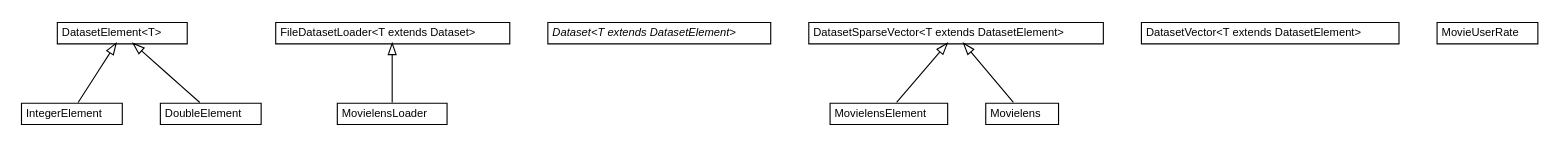
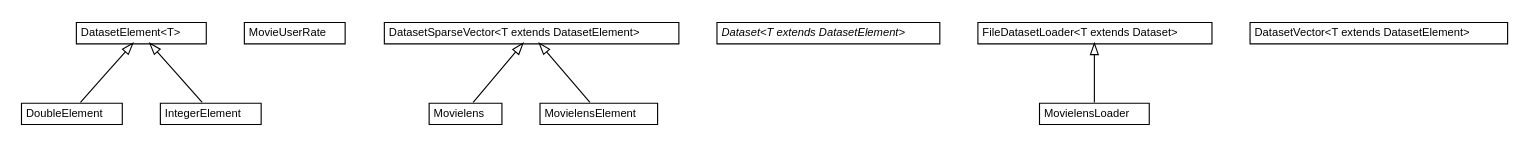
Before and after one commit to UnicaLabs-CS/Foresee: the diagram in docs/it/unica/foresee/datasets/it.unica.foresee.datasets.dot, drawn with Graphviz. The commit also changed 247 other files, not shown here.

```diff
--- a/docs/it/unica/foresee/datasets/it.unica.foresee.datasets.dot
+++ b/docs/it/unica/foresee/datasets/it.unica.foresee.datasets.dot
@@ -1,88 +1,88 @@
 #!/usr/local/bin/dot
 #
 # Class diagram 
 # Generated by UMLGraph version 5.2 (http://www.umlgraph.org/)
 #
 
 digraph G {
 	edge [fontname="Helvetica",fontsize=10,labelfontname="Helvetica",labelfontsize=10];
 	node [fontname="Helvetica",fontsize=10,shape=plaintext];
 	nodesep=0.25;
 	ranksep=0.5;
+	// it.unica.foresee.datasets.DoubleElement
+	c390 [label=<<table title="it.unica.foresee.datasets.DoubleElement" border="0" cellborder="1" cellspacing="0" cellpadding="2" port="p" href="./DoubleElement.html">
+		<tr><td><table border="0" cellspacing="0" cellpadding="1">
+<tr><td align="center" balign="center"> DoubleElement </td></tr>
+		</table></td></tr>
+		</table>>, fontname="Helvetica", fontcolor="black", fontsize=10.0];
+	// it.unica.foresee.datasets.MovieUserRate
+	c391 [label=<<table title="it.unica.foresee.datasets.MovieUserRate" border="0" cellborder="1" cellspacing="0" cellpadding="2" port="p" href="./MovieUserRate.html">
+		<tr><td><table border="0" cellspacing="0" cellpadding="1">
+<tr><td align="center" balign="center"> MovieUserRate </td></tr>
+		</table></td></tr>
+		</table>>, fontname="Helvetica", fontcolor="black", fontsize=10.0];
+	// it.unica.foresee.datasets.DatasetSparseVector<T extends it.unica.foresee.datasets.interfaces.DatasetElement>
+	c392 [label=<<table title="it.unica.foresee.datasets.DatasetSparseVector" border="0" cellborder="1" cellspacing="0" cellpadding="2" port="p" href="./DatasetSparseVector.html">
+		<tr><td><table border="0" cellspacing="0" cellpadding="1">
+<tr><td align="center" balign="center"> DatasetSparseVector&lt;T extends DatasetElement&gt; </td></tr>
+		</table></td></tr>
+		</table>>, fontname="Helvetica", fontcolor="black", fontsize=10.0];
+	// it.unica.foresee.datasets.Dataset<T extends it.unica.foresee.datasets.interfaces.DatasetElement>
+	c393 [label=<<table title="it.unica.foresee.datasets.Dataset" border="0" cellborder="1" cellspacing="0" cellpadding="2" port="p" href="./Dataset.html">
+		<tr><td><table border="0" cellspacing="0" cellpadding="1">
+<tr><td align="center" balign="center"><font face="Helvetica-Oblique"> Dataset&lt;T extends DatasetElement&gt; </font></td></tr>
+		</table></td></tr>
+		</table>>, fontname="Helvetica", fontcolor="black", fontsize=10.0];
+	// it.unica.foresee.datasets.MovielensLoader
+	c394 [label=<<table title="it.unica.foresee.datasets.MovielensLoader" border="0" cellborder="1" cellspacing="0" cellpadding="2" port="p" href="./MovielensLoader.html">
+		<tr><td><table border="0" cellspacing="0" cellpadding="1">
+<tr><td align="center" balign="center"> MovielensLoader </td></tr>
+		</table></td></tr>
+		</table>>, fontname="Helvetica", fontcolor="black", fontsize=10.0];
+	// it.unica.foresee.datasets.IntegerElement
+	c395 [label=<<table title="it.unica.foresee.datasets.IntegerElement" border="0" cellborder="1" cellspacing="0" cellpadding="2" port="p" href="./IntegerElement.html">
+		<tr><td><table border="0" cellspacing="0" cellpadding="1">
+<tr><td align="center" balign="center"> IntegerElement </td></tr>
+		</table></td></tr>
+		</table>>, fontname="Helvetica", fontcolor="black", fontsize=10.0];
+	// it.unica.foresee.datasets.DatasetVector<T extends it.unica.foresee.datasets.interfaces.DatasetElement>
+	c396 [label=<<table title="it.unica.foresee.datasets.DatasetVector" border="0" cellborder="1" cellspacing="0" cellpadding="2" port="p" href="./DatasetVector.html">
+		<tr><td><table border="0" cellspacing="0" cellpadding="1">
+<tr><td align="center" balign="center"> DatasetVector&lt;T extends DatasetElement&gt; </td></tr>
+		</table></td></tr>
+		</table>>, fontname="Helvetica", fontcolor="black", fontsize=10.0];
+	// it.unica.foresee.datasets.Movielens
+	c397 [label=<<table title="it.unica.foresee.datasets.Movielens" border="0" cellborder="1" cellspacing="0" cellpadding="2" port="p" href="./Movielens.html">
+		<tr><td><table border="0" cellspacing="0" cellpadding="1">
+<tr><td align="center" balign="center"> Movielens </td></tr>
+		</table></td></tr>
+		</table>>, fontname="Helvetica", fontcolor="black", fontsize=10.0];
 	// it.unica.foresee.datasets.DatasetElement<T>
-	c81 [label=<<table title="it.unica.foresee.datasets.DatasetElement" border="0" cellborder="1" cellspacing="0" cellpadding="2" port="p" href="./DatasetElement.html">
+	c398 [label=<<table title="it.unica.foresee.datasets.DatasetElement" border="0" cellborder="1" cellspacing="0" cellpadding="2" port="p" href="./DatasetElement.html">
 		<tr><td><table border="0" cellspacing="0" cellpadding="1">
 <tr><td align="center" balign="center"> DatasetElement&lt;T&gt; </td></tr>
 		</table></td></tr>
 		</table>>, fontname="Helvetica", fontcolor="black", fontsize=10.0];
-	// it.unica.foresee.datasets.MovielensLoader
-	c82 [label=<<table title="it.unica.foresee.datasets.MovielensLoader" border="0" cellborder="1" cellspacing="0" cellpadding="2" port="p" href="./MovielensLoader.html">
+	// it.unica.foresee.datasets.FileDatasetLoader<T extends it.unica.foresee.datasets.interfaces.Dataset>
+	c399 [label=<<table title="it.unica.foresee.datasets.FileDatasetLoader" border="0" cellborder="1" cellspacing="0" cellpadding="2" port="p" href="./FileDatasetLoader.html">
 		<tr><td><table border="0" cellspacing="0" cellpadding="1">
-<tr><td align="center" balign="center"> MovielensLoader </td></tr>
-		</table></td></tr>
-		</table>>, fontname="Helvetica", fontcolor="black", fontsize=10.0];
-	// it.unica.foresee.datasets.Dataset<T extends it.unica.foresee.datasets.interfaces.DatasetElement>
-	c83 [label=<<table title="it.unica.foresee.datasets.Dataset" border="0" cellborder="1" cellspacing="0" cellpadding="2" port="p" href="./Dataset.html">
-		<tr><td><table border="0" cellspacing="0" cellpadding="1">
-<tr><td align="center" balign="center"><font face="Helvetica-Oblique"> Dataset&lt;T extends DatasetElement&gt; </font></td></tr>
-		</table></td></tr>
-		</table>>, fontname="Helvetica", fontcolor="black", fontsize=10.0];
-	// it.unica.foresee.datasets.DatasetSparseVector<T extends it.unica.foresee.datasets.interfaces.DatasetElement>
-	c84 [label=<<table title="it.unica.foresee.datasets.DatasetSparseVector" border="0" cellborder="1" cellspacing="0" cellpadding="2" port="p" href="./DatasetSparseVector.html">
-		<tr><td><table border="0" cellspacing="0" cellpadding="1">
-<tr><td align="center" balign="center"> DatasetSparseVector&lt;T extends DatasetElement&gt; </td></tr>
-		</table></td></tr>
-		</table>>, fontname="Helvetica", fontcolor="black", fontsize=10.0];
-	// it.unica.foresee.datasets.DatasetVector<T extends it.unica.foresee.datasets.interfaces.DatasetElement>
-	c85 [label=<<table title="it.unica.foresee.datasets.DatasetVector" border="0" cellborder="1" cellspacing="0" cellpadding="2" port="p" href="./DatasetVector.html">
-		<tr><td><table border="0" cellspacing="0" cellpadding="1">
-<tr><td align="center" balign="center"> DatasetVector&lt;T extends DatasetElement&gt; </td></tr>
+<tr><td align="center" balign="center"> FileDatasetLoader&lt;T extends Dataset&gt; </td></tr>
 		</table></td></tr>
 		</table>>, fontname="Helvetica", fontcolor="black", fontsize=10.0];
 	// it.unica.foresee.datasets.MovielensElement
-	c86 [label=<<table title="it.unica.foresee.datasets.MovielensElement" border="0" cellborder="1" cellspacing="0" cellpadding="2" port="p" href="./MovielensElement.html">
+	c400 [label=<<table title="it.unica.foresee.datasets.MovielensElement" border="0" cellborder="1" cellspacing="0" cellpadding="2" port="p" href="./MovielensElement.html">
 		<tr><td><table border="0" cellspacing="0" cellpadding="1">
 <tr><td align="center" balign="center"> MovielensElement </td></tr>
 		</table></td></tr>
 		</table>>, fontname="Helvetica", fontcolor="black", fontsize=10.0];
-	// it.unica.foresee.datasets.MovieUserRate
-	c87 [label=<<table title="it.unica.foresee.datasets.MovieUserRate" border="0" cellborder="1" cellspacing="0" cellpadding="2" port="p" href="./MovieUserRate.html">
-		<tr><td><table border="0" cellspacing="0" cellpadding="1">
-<tr><td align="center" balign="center"> MovieUserRate </td></tr>
-		</table></td></tr>
-		</table>>, fontname="Helvetica", fontcolor="black", fontsize=10.0];
-	// it.unica.foresee.datasets.FileDatasetLoader<T extends it.unica.foresee.datasets.interfaces.Dataset>
-	c88 [label=<<table title="it.unica.foresee.datasets.FileDatasetLoader" border="0" cellborder="1" cellspacing="0" cellpadding="2" port="p" href="./FileDatasetLoader.html">
-		<tr><td><table border="0" cellspacing="0" cellpadding="1">
-<tr><td align="center" balign="center"> FileDatasetLoader&lt;T extends Dataset&gt; </td></tr>
-		</table></td></tr>
-		</table>>, fontname="Helvetica", fontcolor="black", fontsize=10.0];
-	// it.unica.foresee.datasets.Movielens
-	c89 [label=<<table title="it.unica.foresee.datasets.Movielens" border="0" cellborder="1" cellspacing="0" cellpadding="2" port="p" href="./Movielens.html">
-		<tr><td><table border="0" cellspacing="0" cellpadding="1">
-<tr><td align="center" balign="center"> Movielens </td></tr>
-		</table></td></tr>
-		</table>>, fontname="Helvetica", fontcolor="black", fontsize=10.0];
-	// it.unica.foresee.datasets.IntegerElement
-	c90 [label=<<table title="it.unica.foresee.datasets.IntegerElement" border="0" cellborder="1" cellspacing="0" cellpadding="2" port="p" href="./IntegerElement.html">
-		<tr><td><table border="0" cellspacing="0" cellpadding="1">
-<tr><td align="center" balign="center"> IntegerElement </td></tr>
-		</table></td></tr>
-		</table>>, fontname="Helvetica", fontcolor="black", fontsize=10.0];
-	// it.unica.foresee.datasets.DoubleElement
-	c91 [label=<<table title="it.unica.foresee.datasets.DoubleElement" border="0" cellborder="1" cellspacing="0" cellpadding="2" port="p" href="./DoubleElement.html">
-		<tr><td><table border="0" cellspacing="0" cellpadding="1">
-<tr><td align="center" balign="center"> DoubleElement </td></tr>
-		</table></td></tr>
-		</table>>, fontname="Helvetica", fontcolor="black", fontsize=10.0];
+	//it.unica.foresee.datasets.DoubleElement extends it.unica.foresee.datasets.DatasetElement<java.lang.Double>
+	c398:p -> c390:p [dir=back,arrowtail=empty];
 	//it.unica.foresee.datasets.MovielensLoader extends it.unica.foresee.datasets.FileDatasetLoader
-	c88:p -> c82:p [dir=back,arrowtail=empty];
+	c399:p -> c394:p [dir=back,arrowtail=empty];
+	//it.unica.foresee.datasets.IntegerElement extends it.unica.foresee.datasets.DatasetElement<java.lang.Integer>
+	c398:p -> c395:p [dir=back,arrowtail=empty];
+	//it.unica.foresee.datasets.Movielens extends it.unica.foresee.datasets.DatasetSparseVector<it.unica.foresee.datasets.MovielensElement>
+	c392:p -> c397:p [dir=back,arrowtail=empty];
 	//it.unica.foresee.datasets.MovielensElement extends it.unica.foresee.datasets.DatasetSparseVector<it.unica.foresee.datasets.IntegerElement>
-	c84:p -> c86:p [dir=back,arrowtail=empty];
-	//it.unica.foresee.datasets.Movielens extends it.unica.foresee.datasets.DatasetSparseVector<it.unica.foresee.datasets.MovielensElement>
-	c84:p -> c89:p [dir=back,arrowtail=empty];
-	//it.unica.foresee.datasets.IntegerElement extends it.unica.foresee.datasets.DatasetElement<java.lang.Integer>
-	c81:p -> c90:p [dir=back,arrowtail=empty];
-	//it.unica.foresee.datasets.DoubleElement extends it.unica.foresee.datasets.DatasetElement<java.lang.Double>
-	c81:p -> c91:p [dir=back,arrowtail=empty];
+	c392:p -> c400:p [dir=back,arrowtail=empty];
 }
```
